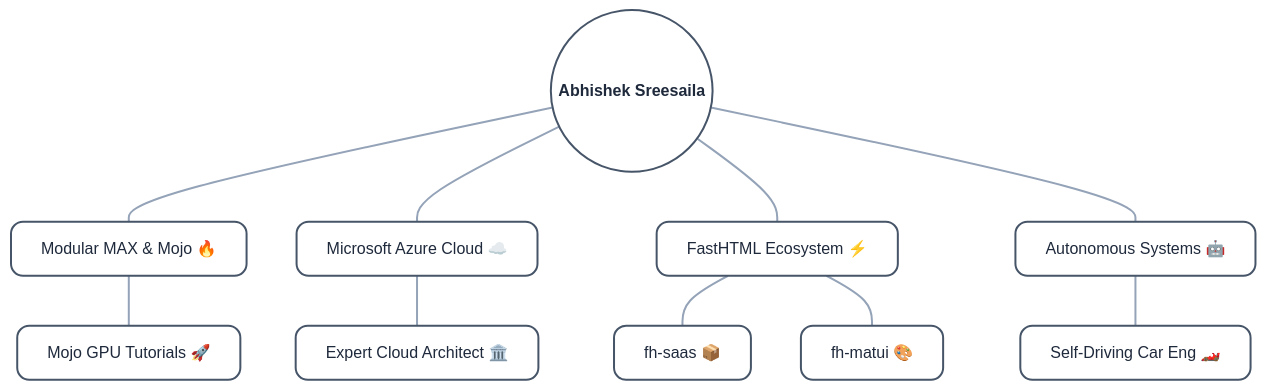
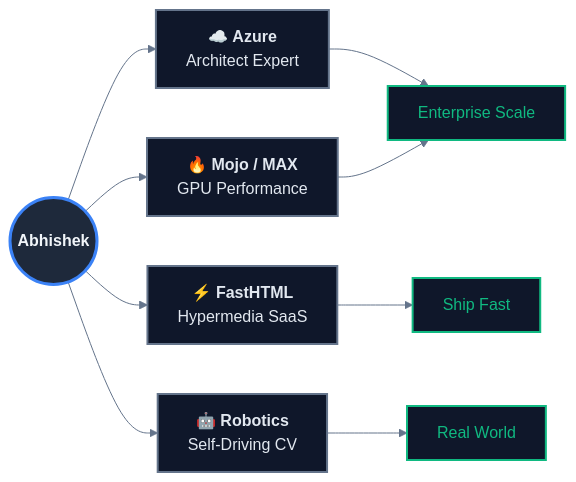
Before and after one commit to abhisheksreesaila/abhisheksreesaila: the diagram in README.md, drawn with Mermaid. The commit also changed other lines of this file, not shown here.

````diff
--- a/README.md
+++ b/README.md
@@ -13,30 +66,26 @@
 ```mermaid
-graph TD
-    %% Uniform Blueprint Styling
-    classDef blueprint fill:#ffffff,stroke:#475569,stroke-width:2px,color:#1e293b,rx:12,ry:12;
+%%{init: {'theme':'base', 'themeVariables': {'primaryColor':'#0f172a','primaryTextColor':'#f1f5f9','primaryBorderColor':'#3b82f6','lineColor':'#64748b','fontFamily':'ui-sans-serif'}}}%%
+graph LR
+    Me(("`**Abhishek**`"))
 
-    User((<b>Abhishek Sreesaila</b>)):::blueprint
-    
-    %% Main Pillars with Emojis
-    AI[Modular MAX & Mojo 🔥]:::blueprint
-    Cloud[Microsoft Azure Cloud ☁️]:::blueprint
-    Web[FastHTML Ecosystem ⚡]:::blueprint
-    Robo[Autonomous Systems 🤖]:::blueprint
+    Me --> Cloud["`☁️ **Azure**
+    Architect Expert`"]
+    Me --> AI["`🔥 **Mojo / MAX**
+    GPU Performance`"]
+    Me --> Web["`⚡ **FastHTML**
+    Hypermedia SaaS`"]
+    Me --> Robo["`🤖 **Robotics**
+    Self-Driving CV`"]
 
-    %% Connections
-    User --- AI
-    User --- Cloud
-    User --- Web
-    User --- Robo
+    Cloud --> Scale["`Enterprise Scale`"]
+    AI --> Scale
+    Web --> Ship["`Ship Fast`"]
+    Robo --> Real["`Real World`"]
 
-    %% Project Details
-    AI --- Mojo[Mojo GPU Tutorials 🚀]:::blueprint
-    Cloud --- Cert[Expert Cloud Architect 🏛️]:::blueprint
-    Web --- fh1[fh-saas 📦]:::blueprint
-    Web --- fh2[fh-matui 🎨]:::blueprint
-    Robo --- SDC[Self-Driving Car Eng 🏎️]:::blueprint
-
-    %% Link Styling
-    linkStyle default stroke:#94a3b8,stroke-width:2px;
-
+    classDef hub fill:#1e293b,stroke:#3b82f6,stroke-width:3px,color:#f1f5f9
+    classDef pillar fill:#0f172a,stroke:#64748b,stroke-width:2px,color:#e2e8f0
+    classDef outcome fill:#0f172a,stroke:#10b981,stroke-width:2px,color:#10b981
+    class Me hub
+    class Cloud,AI,Web,Robo pillar
+    class Scale,Ship,Real outcome
 ```
````
